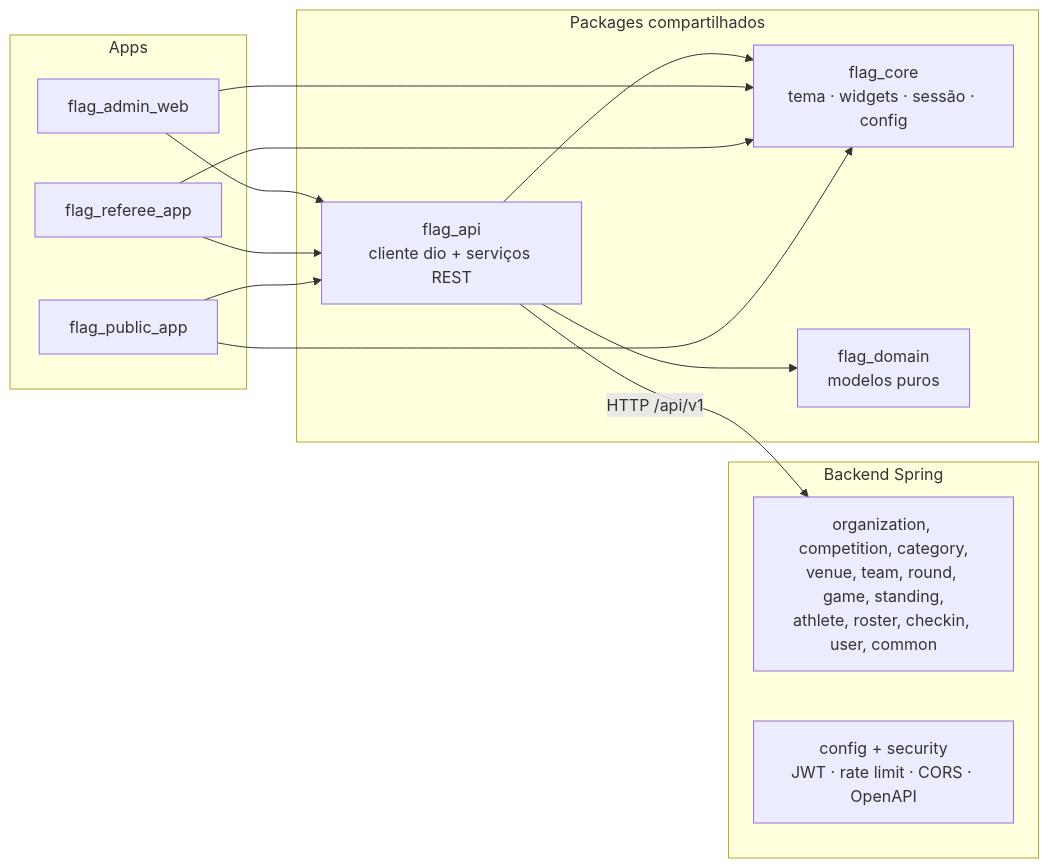
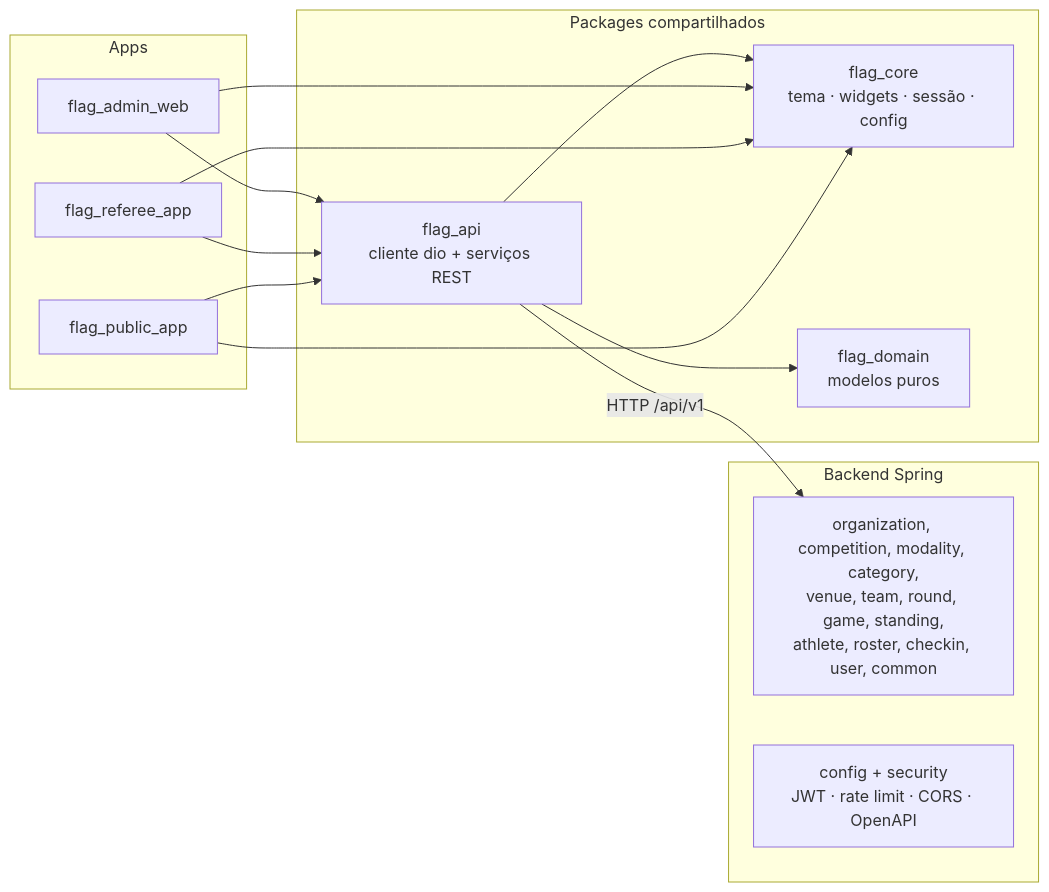
The second of 2 diagrams in docs/architecture/overview.md (cesargranelli/flag-platform), drawn with Mermaid before and after one commit. The commit also changed other lines of this file and 3 other files, not shown here.

````diff
--- a/docs/architecture/overview.md
+++ b/docs/architecture/overview.md
@@ -64,27 +65,27 @@
 ```mermaid
 flowchart LR
     subgraph "Apps"
         A["flag_admin_web"]
         B["flag_referee_app"]
         C["flag_public_app"]
     end
     subgraph "Packages compartilhados"
         D["flag_core<br/>tema · widgets · sessão · config"]
         E["flag_domain<br/>modelos puros"]
         F["flag_api<br/>cliente dio + serviços REST"]
     end
     subgraph "Backend Spring"
-        G["organization, competition, category,<br/>venue, team, round, game, standing,<br/>athlete, roster, checkin, user, common"]
+        G["organization, competition, modality, category,<br/>venue, team, round, game, standing,<br/>athlete, roster, checkin, user, common"]
         H["config + security<br/>JWT · rate limit · CORS · OpenAPI"]
     end
 
     A --> F
     B --> F
     C --> F
     F --> E
     F --> D
     A --> D
     B --> D
     C --> D
     F -->|HTTP /api/v1| G
 ```
````
